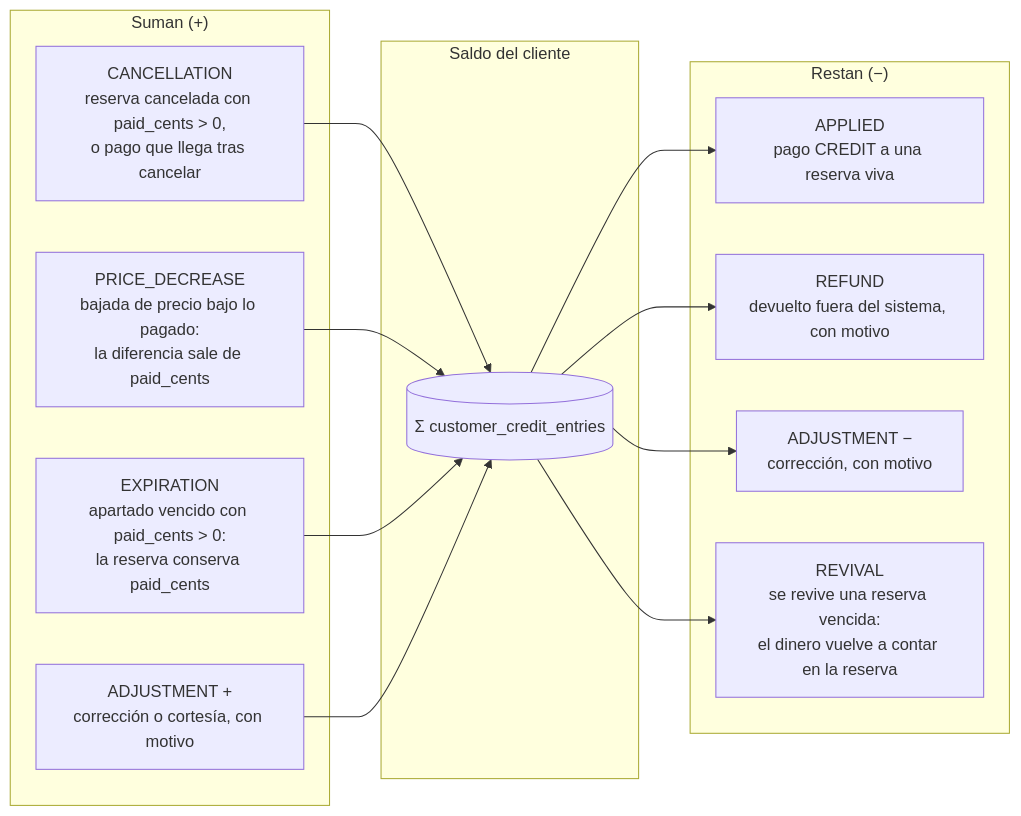
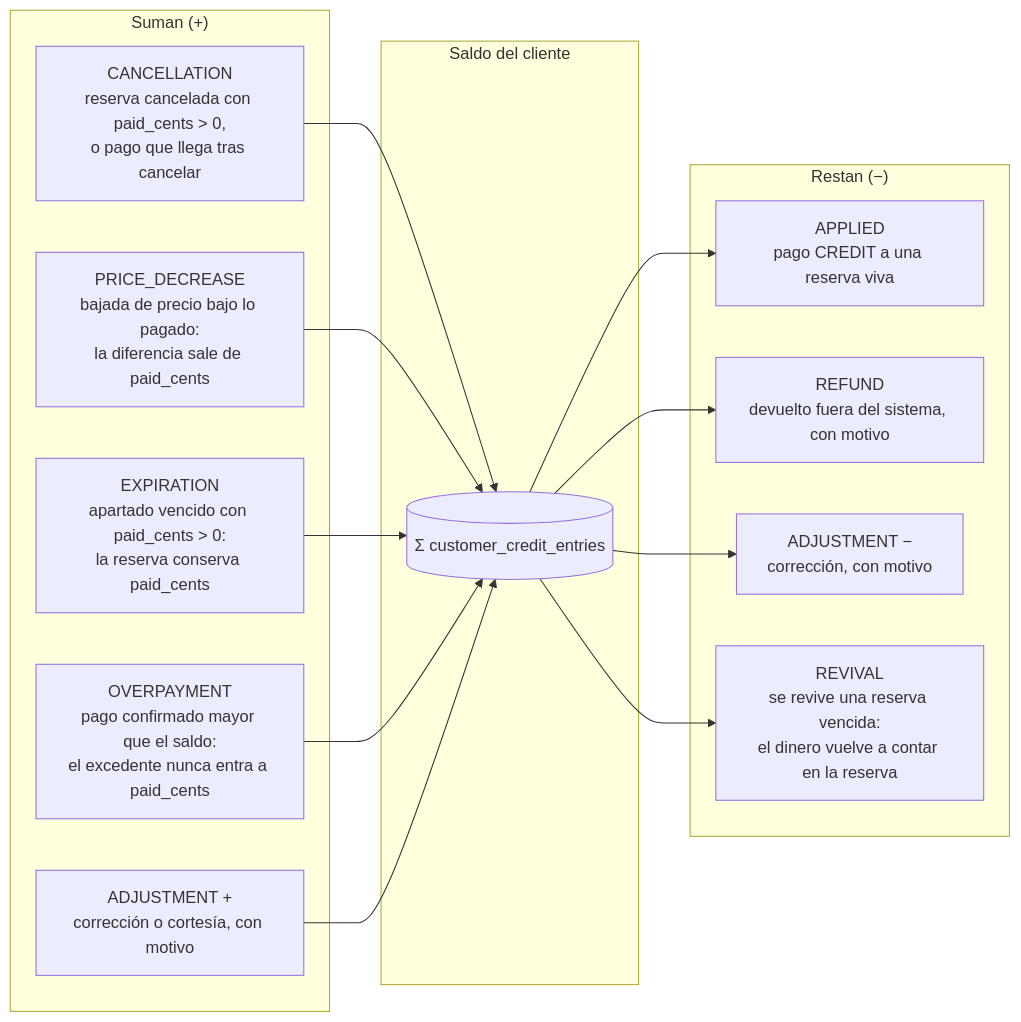
The first of 5 diagrams in docs/diagrams/customer-credit.md (erickgs2/ruta_mochilera), drawn with Mermaid before and after one commit. The commit also changed other lines of this file and 19 other files, not shown here.

````diff
--- a/docs/diagrams/customer-credit.md
+++ b/docs/diagrams/customer-credit.md
@@ -9,26 +9,28 @@
 ```mermaid
 flowchart LR
     subgraph Entradas["Suman (+)"]
         C["CANCELLATION<br/>reserva cancelada con paid_cents > 0,<br/>o pago que llega tras cancelar"]
         P["PRICE_DECREASE<br/>bajada de precio bajo lo pagado:<br/>la diferencia sale de paid_cents"]
         E["EXPIRATION<br/>apartado vencido con paid_cents > 0:<br/>la reserva conserva paid_cents"]
+        O["OVERPAYMENT<br/>pago confirmado mayor que el saldo:<br/>el excedente nunca entra a paid_cents"]
         AP["ADJUSTMENT +<br/>corrección o cortesía, con motivo"]
     end
     subgraph Saldo["Saldo del cliente"]
         S[("Σ customer_credit_entries")]
     end
     subgraph Salidas["Restan (−)"]
         A["APPLIED<br/>pago CREDIT a una reserva viva"]
         R["REFUND<br/>devuelto fuera del sistema, con motivo"]
         AN["ADJUSTMENT −<br/>corrección, con motivo"]
         RV["REVIVAL<br/>se revive una reserva vencida:<br/>el dinero vuelve a contar en la reserva"]
     end
     C --> S
     P --> S
     E --> S
+    O --> S
     AP --> S
     S --> A
     S --> R
     S --> AN
     S --> RV
 ```
````
